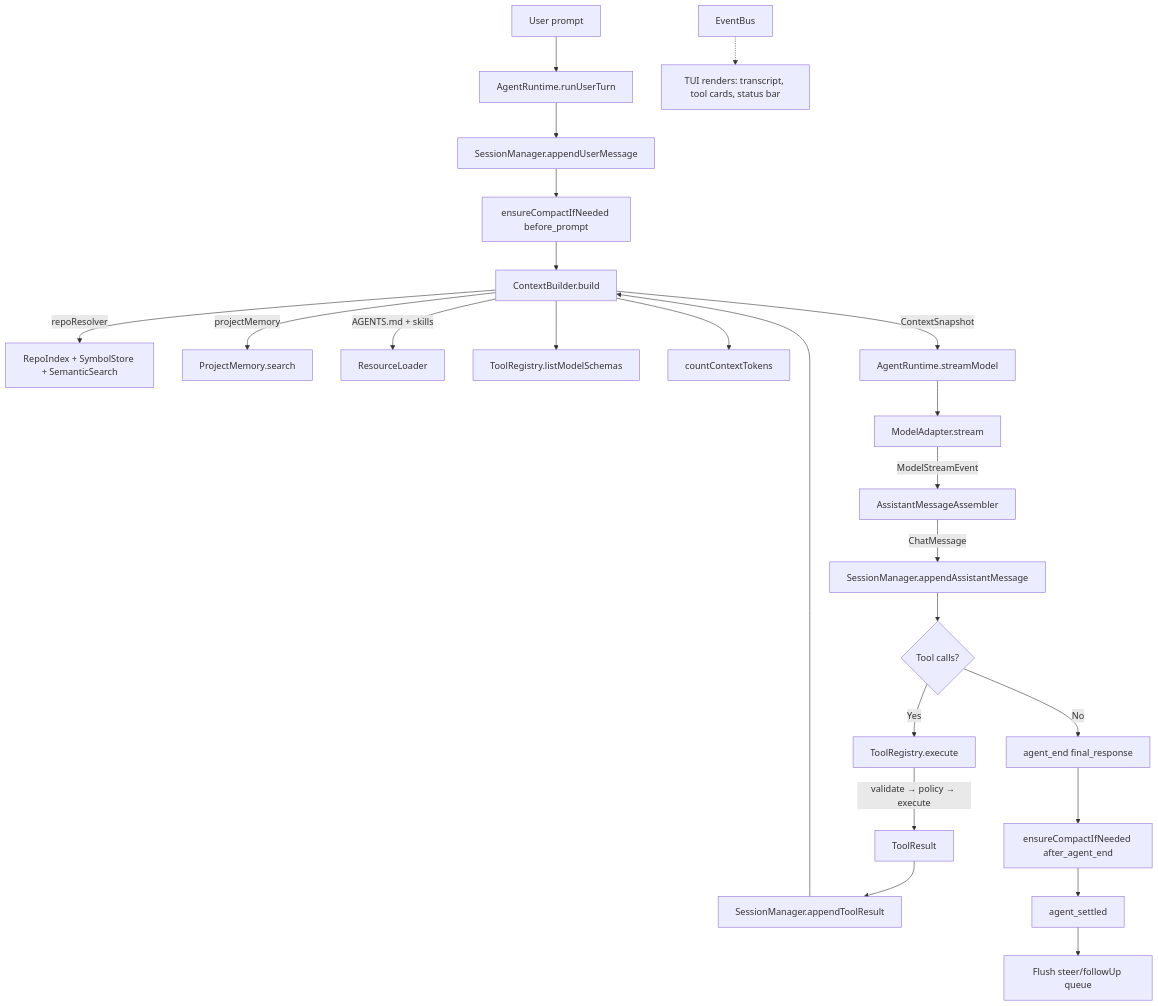
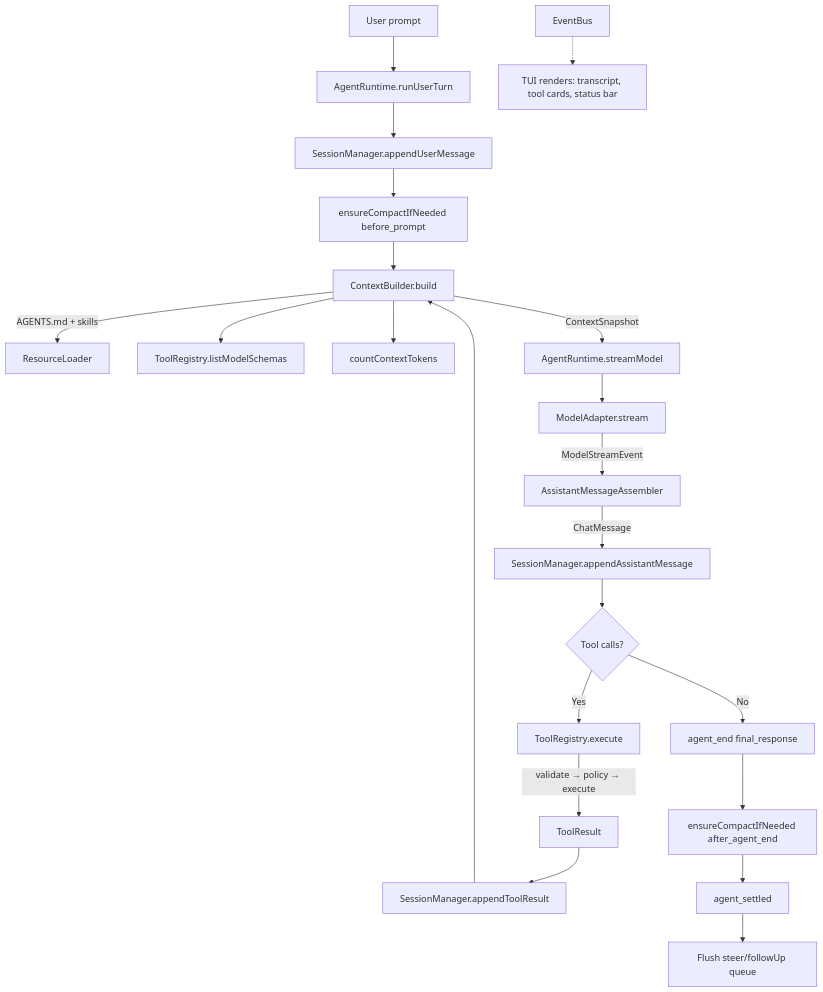
The second of 2 diagrams in docs/packages/index.md (ajeetkbhardwaj/kern), drawn with Mermaid before and after one commit. The commit also changed other lines of this file and 71 other files, not shown here.

````diff
--- a/docs/packages/index.md
+++ b/docs/packages/index.md
@@ -90,30 +82,28 @@
 ```mermaid
 flowchart TD
     U[User prompt] --> RT[AgentRuntime.runUserTurn]
     RT --> SM1[SessionManager.appendUserMessage]
     SM1 --> CI[ensureCompactIfNeeded before_prompt]
     CI --> CB[ContextBuilder.build]
-    CB -->|repoResolver| RI[RepoIndex + SymbolStore + SemanticSearch]
-    CB -->|projectMemory| PM[ProjectMemory.search]
     CB -->|AGENTS.md + skills| ResourceLoader[ResourceLoader]
     CB --> TR[ToolRegistry.listModelSchemas]
     CB --> CT[countContextTokens]
     
     CB -->|ContextSnapshot| MM[AgentRuntime.streamModel]
     MM --> MA[ModelAdapter.stream]
     MA -->|ModelStreamEvent| AM[AssistantMessageAssembler]
     AM -->|ChatMessage| SM2[SessionManager.appendAssistantMessage]
     
     SM2 --> TC{Tool calls?}
     TC -->|Yes| ET[ToolRegistry.execute]
     ET -->|validate → policy → execute| TR2[ToolResult]
     TR2 --> SM3[SessionManager.appendToolResult]
     SM3 --> CB
     
     TC -->|No| AE[agent_end final_response]
     AE --> CI2[ensureCompactIfNeeded after_agent_end]
     CI2 --> AS[agent_settled]
     AS --> FQ[Flush steer/followUp queue]
     
     Events[EventBus] -.-> TUI[TUI renders: transcript, tool cards, status bar]
 ```
````
